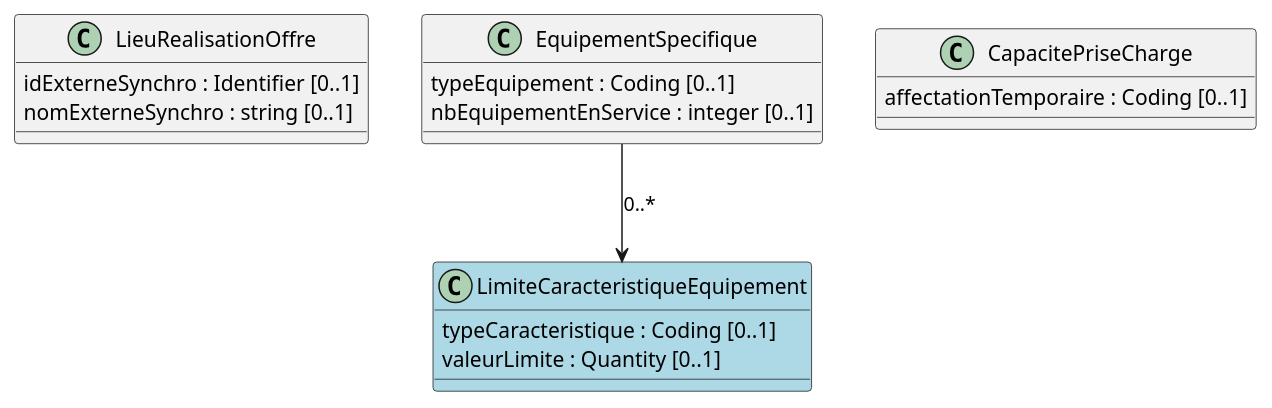
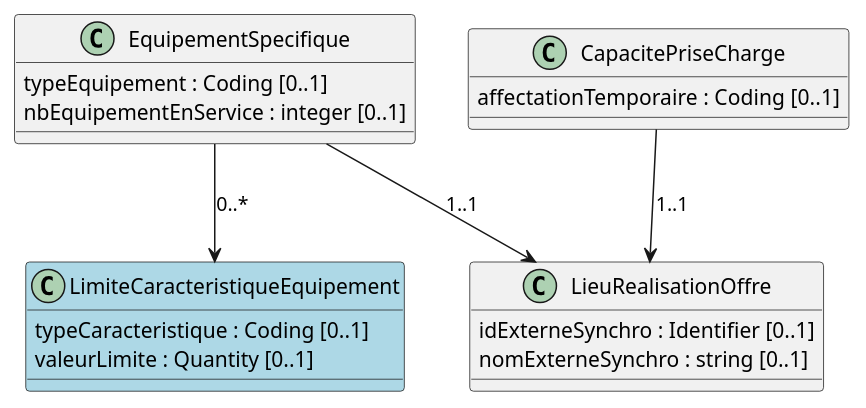
Before and after one commit to ansforge/IG-modele-objets-sante: the diagram in input/images-source/Ressources-operationnelles.plantuml, drawn with PlantUML. The commit also changed 53 other files, not shown here.

Commit message:
Diagramme avec Références

```diff
--- a/input/images-source/Ressources-operationnelles.plantuml
+++ b/input/images-source/Ressources-operationnelles.plantuml
@@ -1,24 +1,26 @@
 @startuml
 
 Class LieuRealisationOffre {
   idExterneSynchro : Identifier [0..1]
   nomExterneSynchro : string [0..1]
 }
 
 Class EquipementSpecifique {
   typeEquipement : Coding [0..1]
   nbEquipementEnService : integer [0..1]
 }
 
 Class CapacitePriseCharge {
   affectationTemporaire : Coding [0..1]
 }
 
 Class LimiteCaracteristiqueEquipement #LightBlue {
   typeCaracteristique : Coding [0..1]
   valeurLimite : Quantity [0..1]
 }
 
+EquipementSpecifique --> LieuRealisationOffre : 1..1
+CapacitePriseCharge --> LieuRealisationOffre : 1..1
 EquipementSpecifique --> LimiteCaracteristiqueEquipement : 0..*
 
 @enduml
```
